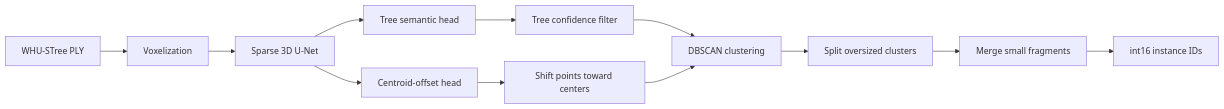
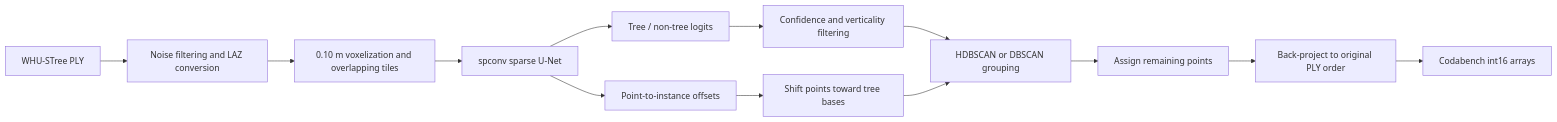
The diagram in README.md (thx082700/Street-Tree-Segmentation-Mobile-Laser-Scanning), drawn with Mermaid before and after one commit. The commit also changed other lines of this file and 77 other files, not shown here.

````diff
--- a/README.md
+++ b/README.md
@@ -45,14 +88,15 @@
 ```mermaid
 flowchart LR
-    A[WHU-STree PLY] --> B[Voxelization]
-    B --> C[Sparse 3D U-Net]
-    C --> D[Tree semantic head]
-    C --> E[Centroid-offset head]
-    D --> F[Tree confidence filter]
-    E --> G[Shift points toward centers]
-    F --> H[DBSCAN clustering]
-    G --> H
-    H --> I[Split oversized clusters]
-    I --> J[Merge small fragments]
-    J --> K[int16 instance IDs]
+    A[WHU-STree PLY] --> B[Noise filtering and LAZ conversion]
+    B --> C[0.10 m voxelization and overlapping tiles]
+    C --> D[spconv sparse U-Net]
+    D --> E[Tree / non-tree logits]
+    D --> F[Point-to-instance offsets]
+    E --> G[Confidence and verticality filtering]
+    F --> H[Shift points toward tree bases]
+    G --> I[HDBSCAN or DBSCAN grouping]
+    H --> I
+    I --> J[Assign remaining points]
+    J --> K[Back-project to original PLY order]
+    K --> L[Codabench int16 arrays]
 ```
````
